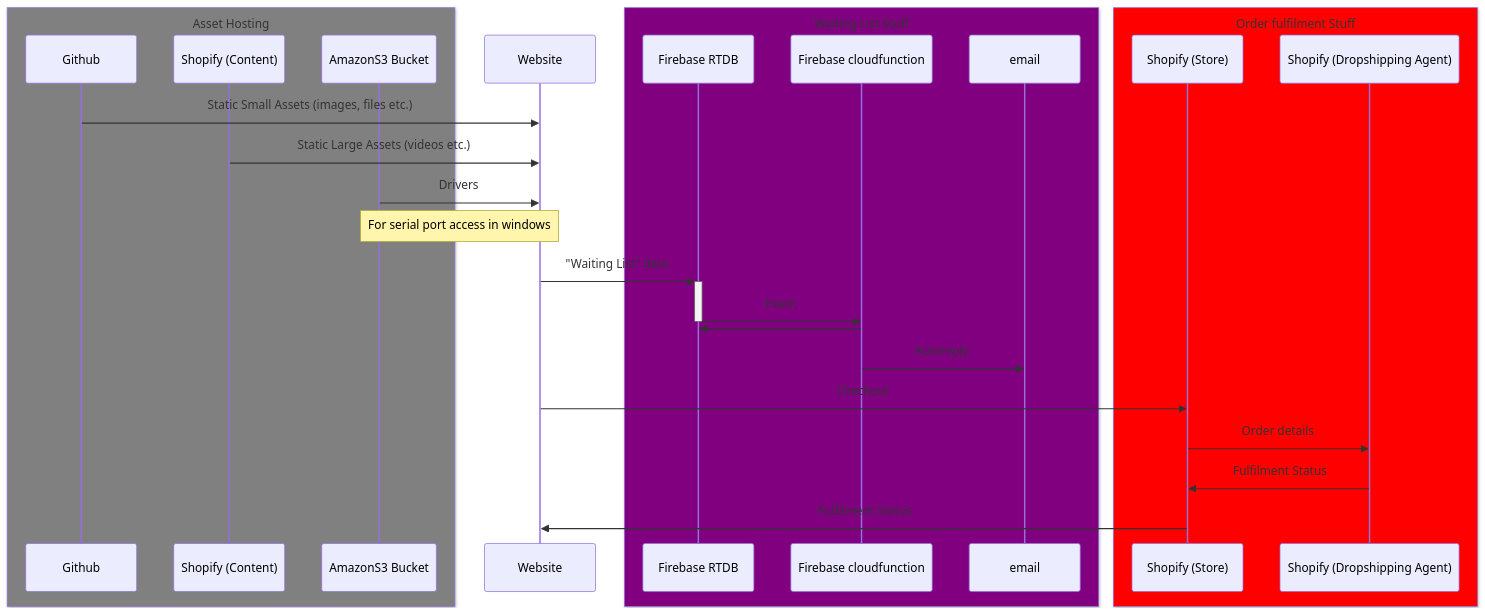
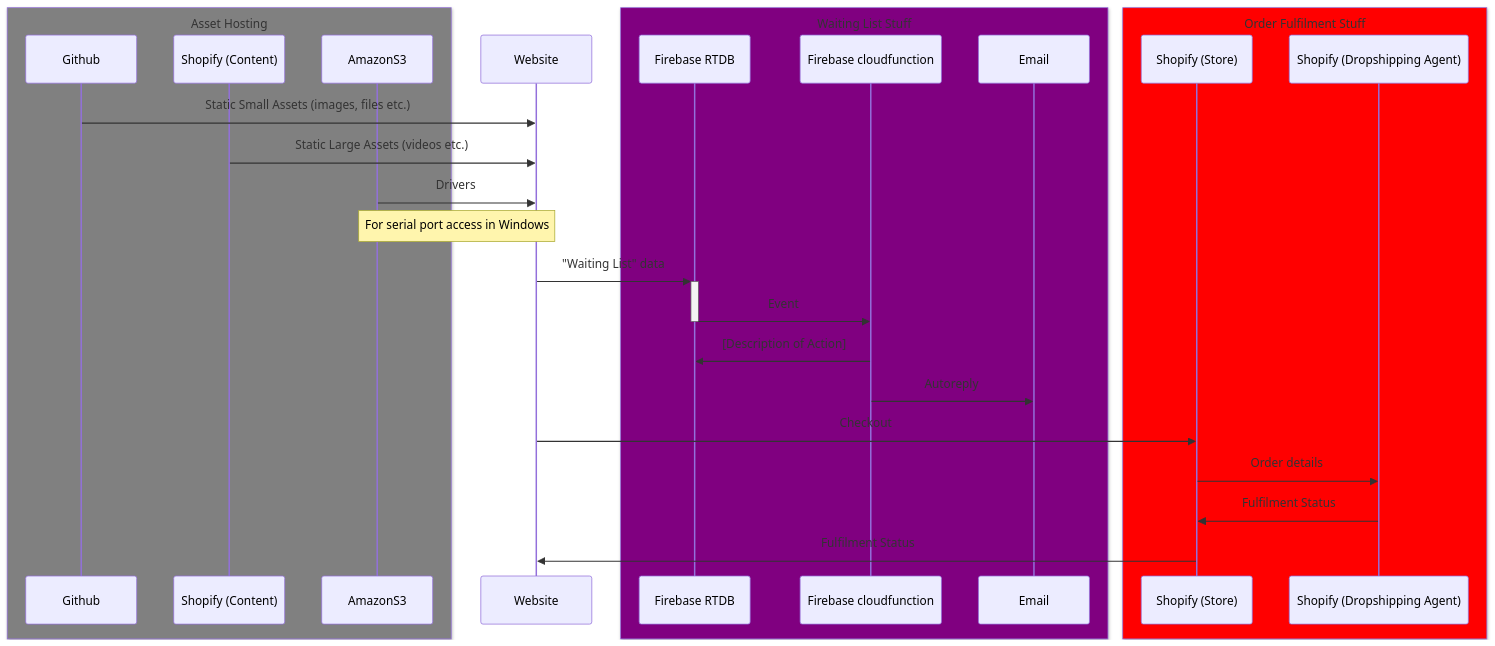
The diagram in README.md (devATdbsutdio/dattabaumstudio.com), drawn with Mermaid before and after one commit.

Commit message:
Update README.md | Fixed the mermaid render error

````diff
--- a/README.md
+++ b/README.md
@@ -48,31 +48,31 @@
 ```mermaid
 sequenceDiagram
     box Gray Asset Hosting
         participant Github
-        participant Shopify (Content)
-        participant AmazonS3 Bucket
+        participant ShopifyContent as Shopify (Content)
+        participant AmazonS3
     end
     participant Website
     box Purple Waiting List Stuff
-        participant Firebase RTDB
-        participant Firebase cloudfunction
-        participant email
+        participant FirebaseDB as Firebase RTDB
+        participant FirebaseFunction as Firebase cloudfunction
+        participant Email
     end
-    box Red Order fulfilment Stuff
-        participant Shopify (Store)
-        participant Shopify (Dropshipping Agent)
+    box Red Order Fulfilment Stuff
+        participant ShopifyStore as Shopify (Store)
+        participant ShopifyAgent as Shopify (Dropshipping Agent)
     end
 
     Github->>Website: Static Small Assets (images, files etc.)
-    Shopify (Content)->>Website: Static Large Assets (videos etc.)
-    AmazonS3 Bucket->>Website: Drivers
-    Note over AmazonS3 Bucket,Website: For serial port access in windows
-    Website->>+Firebase RTDB: "Waiting List" data
-    Firebase RTDB->>-Firebase cloudfunction: Event
-    Firebase cloudfunction->>Firebase RTDB:
-    Firebase cloudfunction->>email: Autoreply
-    Website->>Shopify (Store): Checkout
-    Shopify (Store)->>Shopify (Dropshipping Agent): Order details
-    Shopify (Dropshipping Agent)->>Shopify (Store): Fulfilment Status
-    Shopify (Store)->>Website: Fulfilment Status
+    ShopifyContent->>Website: Static Large Assets (videos etc.)
+    AmazonS3->>Website: Drivers
+    Note over AmazonS3,Website: For serial port access in Windows
+    Website->>+FirebaseDB: "Waiting List" data
+    FirebaseDB->>-FirebaseFunction: Event
+    FirebaseFunction->>FirebaseDB: [Description of Action]
+    FirebaseFunction->>Email: Autoreply
+    Website->>ShopifyStore: Checkout
+    ShopifyStore->>ShopifyAgent: Order details
+    ShopifyAgent->>ShopifyStore: Fulfilment Status
+    ShopifyStore->>Website: Fulfilment Status
 ```
````
